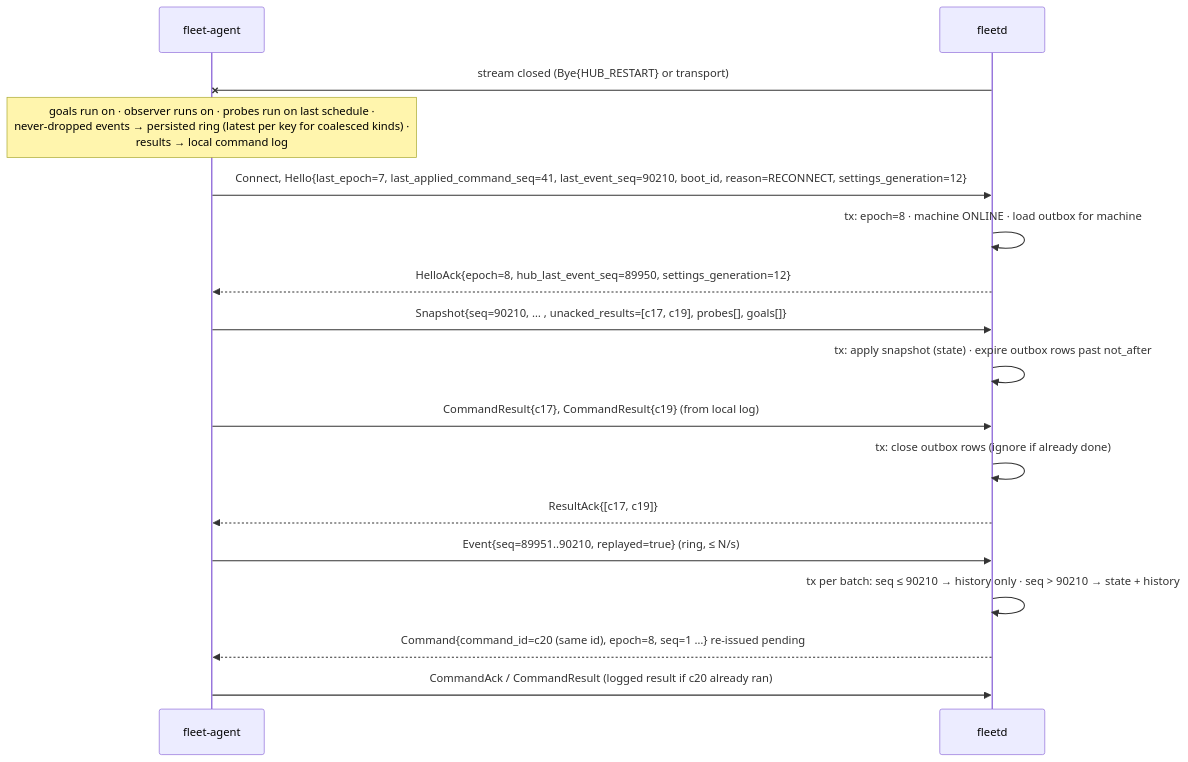
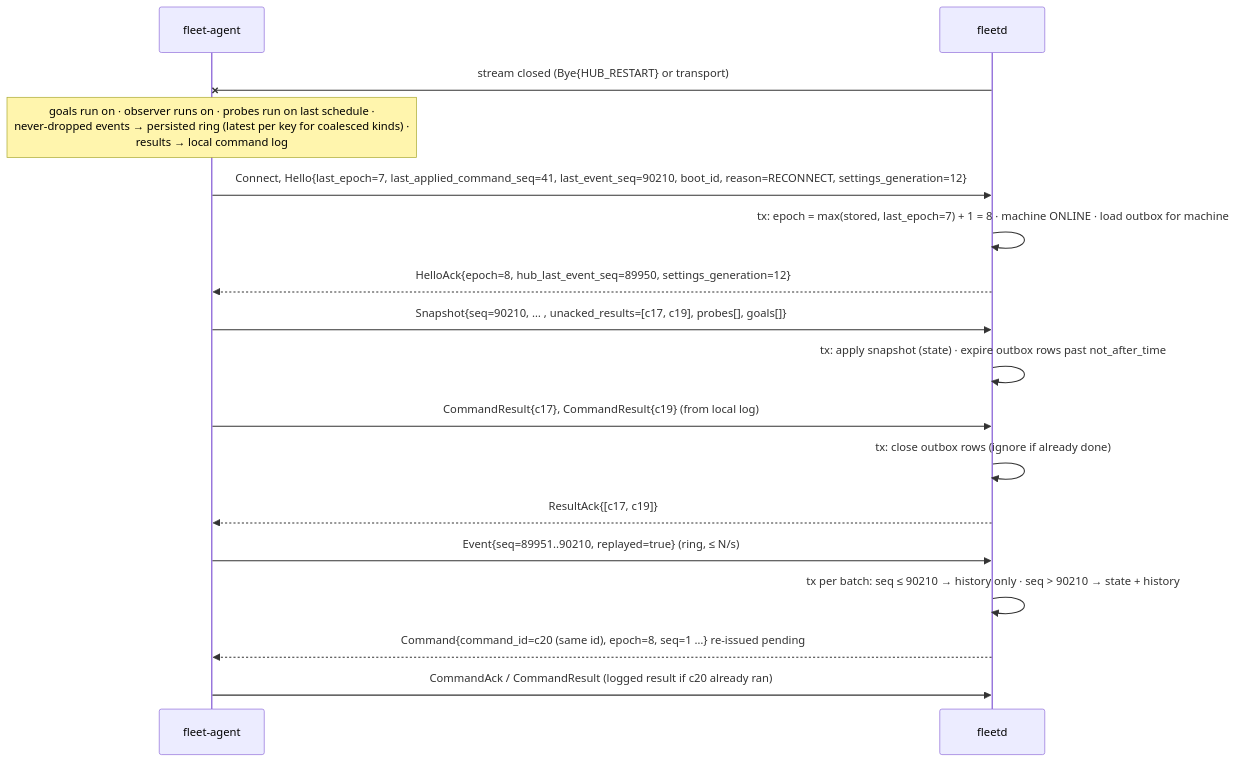
The third of 4 diagrams in docs/specs/03-workflows.md (linuxdynasty/fleet-board), drawn with Mermaid before and after one commit. The commit also changed other lines of this file and 100 other files, not shown here.

First line of the commit message:
feat(api): contract review fixes, ADR 0019 and flow diagrams (#22)

````diff
--- a/docs/specs/03-workflows.md
+++ b/docs/specs/03-workflows.md
@@ -228,19 +260,19 @@
 ```mermaid
 sequenceDiagram
   participant A as fleet-agent
   participant H as fleetd
   H-xA: stream closed (Bye{HUB_RESTART} or transport)
   Note over A: goals run on · observer runs on · probes run on last schedule ·<br/>never-dropped events → persisted ring (latest per key for coalesced kinds) ·<br/>results → local command log
   A->>H: Connect, Hello{last_epoch=7, last_applied_command_seq=41, last_event_seq=90210, boot_id, reason=RECONNECT, settings_generation=12}
-  H->>H: tx: epoch=8 · machine ONLINE · load outbox for machine
+  H->>H: tx: epoch = max(stored, last_epoch=7) + 1 = 8 · machine ONLINE · load outbox for machine
   H-->>A: HelloAck{epoch=8, hub_last_event_seq=89950, settings_generation=12}
   A->>H: Snapshot{seq=90210, … , unacked_results=[c17, c19], probes[], goals[]}
-  H->>H: tx: apply snapshot (state) · expire outbox rows past not_after
+  H->>H: tx: apply snapshot (state) · expire outbox rows past not_after_time
   A->>H: CommandResult{c17}, CommandResult{c19} (from local log)
   H->>H: tx: close outbox rows (ignore if already done)
   H-->>A: ResultAck{[c17, c19]}
   A->>H: Event{seq=89951..90210, replayed=true} (ring, ≤ N/s)
   H->>H: tx per batch: seq ≤ 90210 → history only · seq > 90210 → state + history
   H-->>A: Command{command_id=c20 (same id), epoch=8, seq=1 …} re-issued pending
   A->>H: CommandAck / CommandResult (logged result if c20 already ran)
 ```
````
